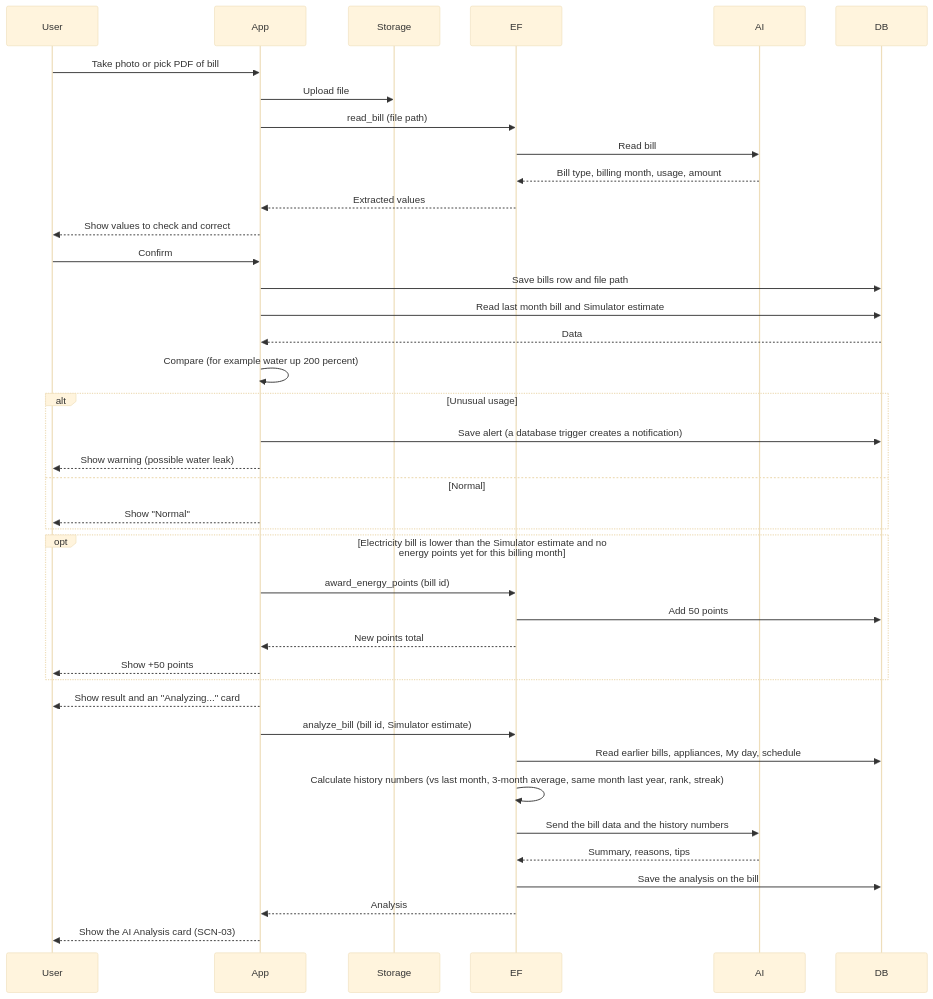
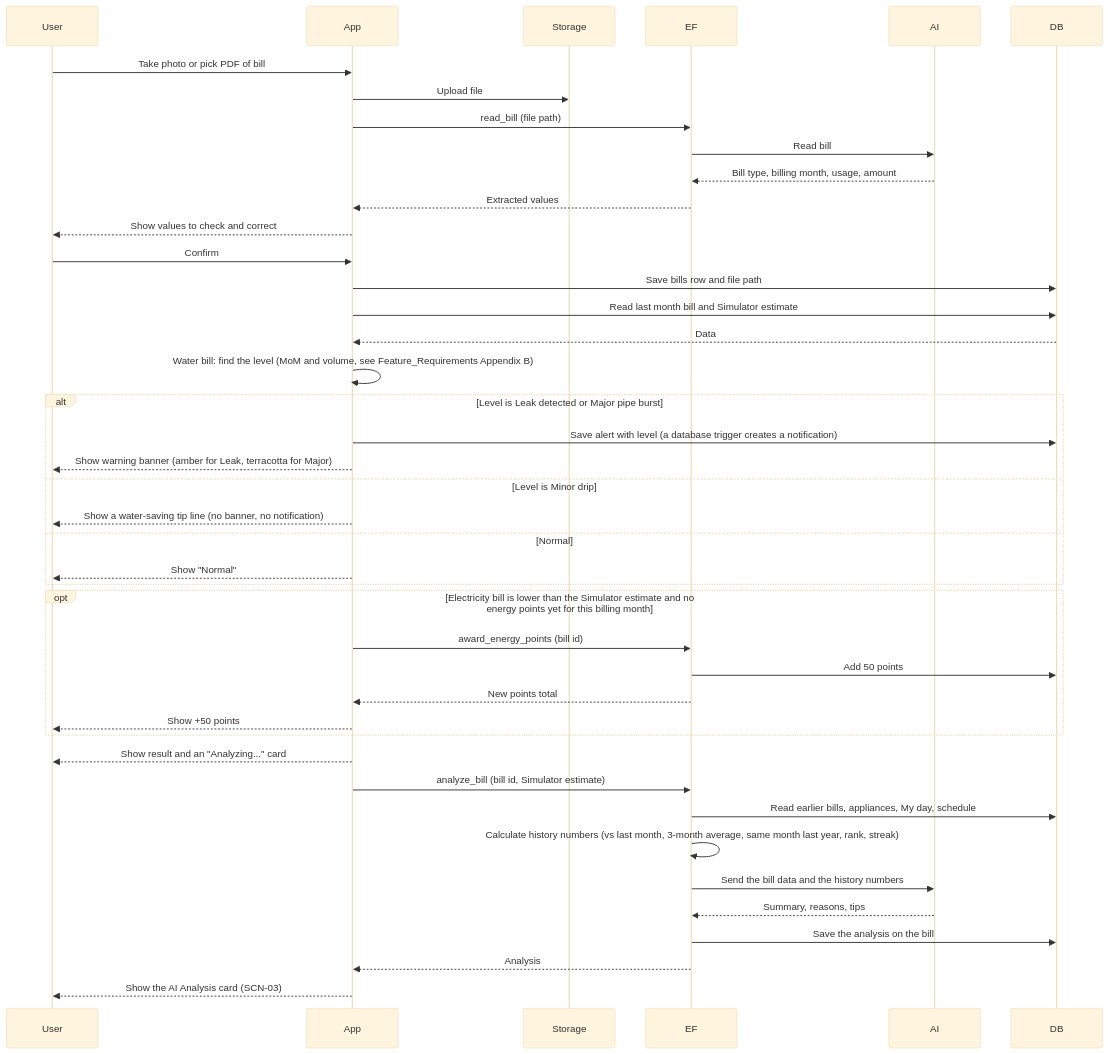
Diagram 11 of 15 in docs/Workflow.md (HONGJIABAO/Simeplify), drawn with Mermaid (base theme) before and after one commit. The commit also changed other lines of this file and 10 other files, not shown here.

````diff
--- a/docs/Workflow.md
+++ b/docs/Workflow.md
@@ -390,43 +400,45 @@
 ```mermaid
 sequenceDiagram
     participant User
     participant App
     participant Storage
     participant EF
     participant AI
     participant DB
 
     User->>App: Take photo or pick PDF of bill
     App->>Storage: Upload file
     App->>EF: read_bill (file path)
     EF->>AI: Read bill
     AI-->>EF: Bill type, billing month, usage, amount
     EF-->>App: Extracted values
     App-->>User: Show values to check and correct
     User->>App: Confirm
     App->>DB: Save bills row and file path
     App->>DB: Read last month bill and Simulator estimate
     DB-->>App: Data
-    App->>App: Compare (for example water up 200 percent)
-    alt Unusual usage
-        App->>DB: Save alert (a database trigger creates a notification)
-        App-->>User: Show warning (possible water leak)
+    App->>App: Water bill: find the level (MoM and volume, see Feature_Requirements Appendix B)
+    alt Level is Leak detected or Major pipe burst
+        App->>DB: Save alert with level (a database trigger creates a notification)
+        App-->>User: Show warning banner (amber for Leak, terracotta for Major)
+    else Level is Minor drip
+        App-->>User: Show a water-saving tip line (no banner, no notification)
     else Normal
         App-->>User: Show "Normal"
     end
     opt Electricity bill is lower than the Simulator estimate and no energy points yet for this billing month
         App->>EF: award_energy_points (bill id)
         EF->>DB: Add 50 points
         EF-->>App: New points total
         App-->>User: Show +50 points
     end
     App-->>User: Show result and an "Analyzing..." card
     App->>EF: analyze_bill (bill id, Simulator estimate)
     EF->>DB: Read earlier bills, appliances, My day, schedule
     EF->>EF: Calculate history numbers (vs last month, 3-month average, same month last year, rank, streak)
     EF->>AI: Send the bill data and the history numbers
     AI-->>EF: Summary, reasons, tips
     EF->>DB: Save the analysis on the bill
     EF-->>App: Analysis
     App-->>User: Show the AI Analysis card (SCN-03)
 ```
````
